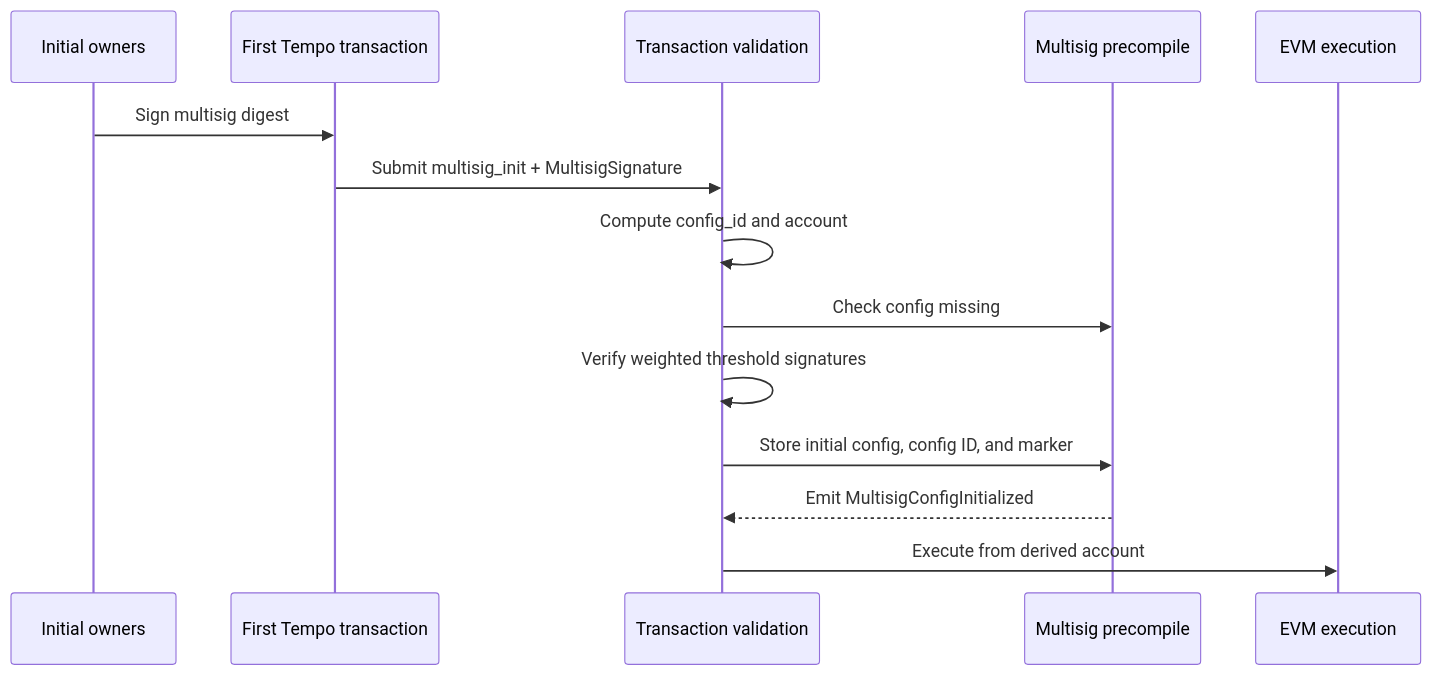
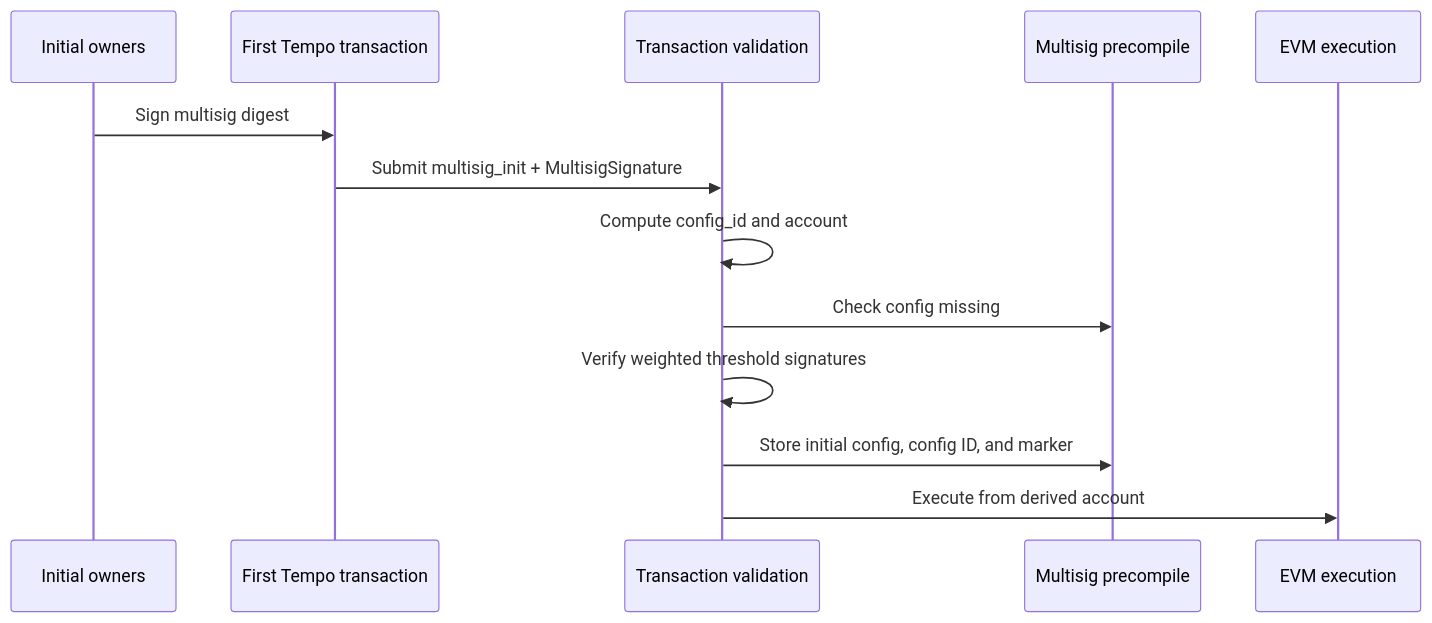
One commit to tempoxyz/tempo changed the first of 2 diagrams in tips/tip-1061.md. Above: the diagram before and after it, drawn with Mermaid. The commit also changed other lines of this file, not shown here.

Commit message:
docs(tip): refine multisig spec

````diff
--- a/tips/tip-1061.md
+++ b/tips/tip-1061.md
@@ -371,17 +480,16 @@
 ```mermaid
 sequenceDiagram
   participant Owners as Initial owners
   participant Tx as First Tempo transaction
   participant Protocol as Transaction validation
   participant MS as Multisig precompile
   participant EVM as EVM execution
 
   Owners->>Tx: Sign multisig digest
   Tx->>Protocol: Submit multisig_init + MultisigSignature
   Protocol->>Protocol: Compute config_id and account
   Protocol->>MS: Check config missing
   Protocol->>Protocol: Verify weighted threshold signatures
   Protocol->>MS: Store initial config, config ID, and marker
-  MS-->>Protocol: Emit MultisigConfigInitialized
   Protocol->>EVM: Execute from derived account
 ```
````
